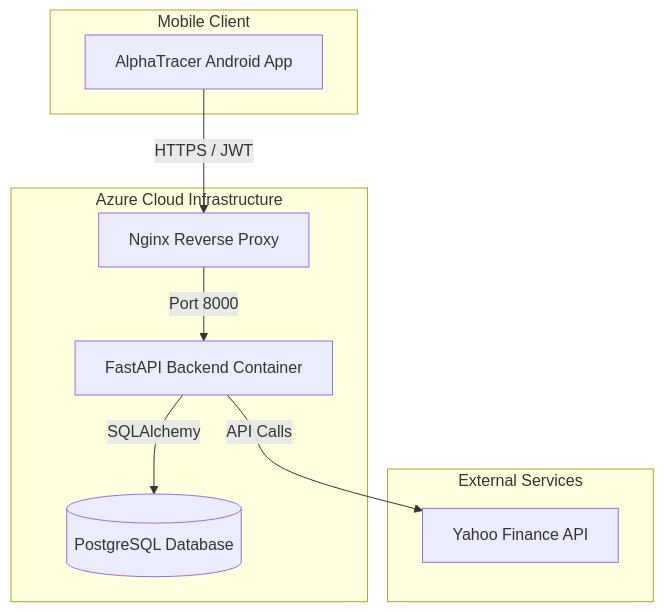
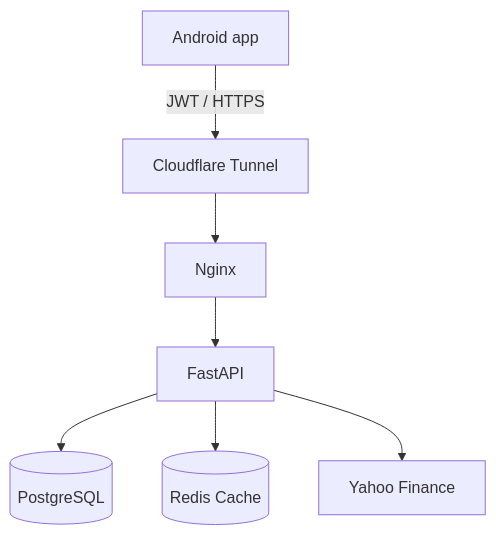
One commit to sebian-lab/sebian-lab.github.io changed the diagram in content/architecture/_index.md. Above: the diagram before and after it, drawn with Mermaid. The commit also changed other lines of this file and 86 other files, not shown here.

Commit message:
feat: Finalise portfolio with extracted images, dashboard, and full site architecture

```diff
--- a/content/architecture/_index.md
+++ b/content/architecture/_index.md
@@ -9,21 +7,10 @@
 {{< mermaid >}}
 flowchart TD
-    subgraph Mobile Client
-        A[AlphaTracer Android App]
-    end
-
-    subgraph Azure Cloud Infrastructure
-        B[Nginx Reverse Proxy]
-        C[FastAPI Backend Container]
-        D[(PostgreSQL Database)]
-    end
-
-    subgraph External Services
-        E[Yahoo Finance API]
-    end
-
-    A -- HTTPS / JWT --> B
-    B -- Port 8000 --> C
-    C -- SQLAlchemy --> D
-    C -- API Calls --> E
+    Android[Android app] -->|JWT / HTTPS| CF[Cloudflare Tunnel]
+    CF --> Nginx[Nginx]
+    Nginx --> FastAPI[FastAPI]
+    
+    FastAPI --> Postgres[(PostgreSQL)]
+    FastAPI --> Redis[(Redis Cache)]
+    FastAPI --> YF[Yahoo Finance]
 {{< /mermaid >}}
```
